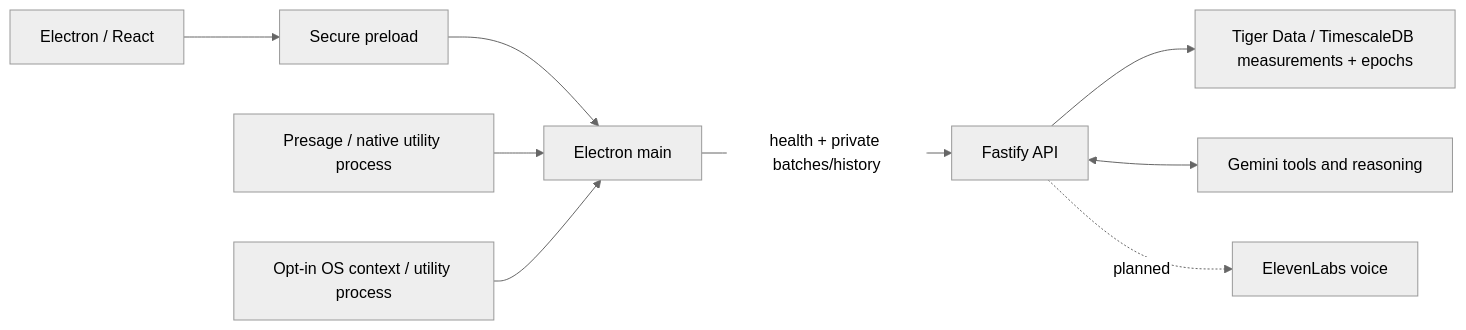
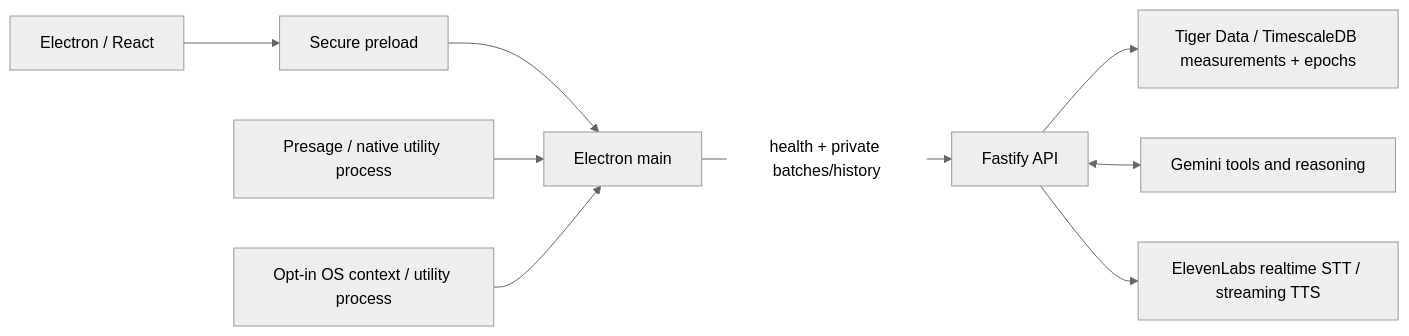
The diagram in README.md (Jeffjone/TrueIris), drawn with Mermaid (neutral theme) before and after one commit. The commit also changed other lines of this file and 37 other files, not shown here.

Commit message:
feat(voice): integrate ElevenLabs realtime conversation

````diff
--- a/README.md
+++ b/README.md
@@ -9,11 +9,11 @@
 ```mermaid
 flowchart LR
   UI[Electron / React] --> PRELOAD[Secure preload]
   PRELOAD --> MAIN[Electron main]
   MAIN -->|health + private batches/history| API[Fastify API]
   API --> DB[Tiger Data / TimescaleDB measurements + epochs]
   API <--> AI[Gemini tools and reasoning]
-  API -. planned .-> VOICE[ElevenLabs voice]
+  API --> VOICE[ElevenLabs realtime STT / streaming TTS]
   SENSOR[Presage / native utility process] --> MAIN
   CONTEXT[Opt-in OS context / utility process] --> MAIN
 ```
````
